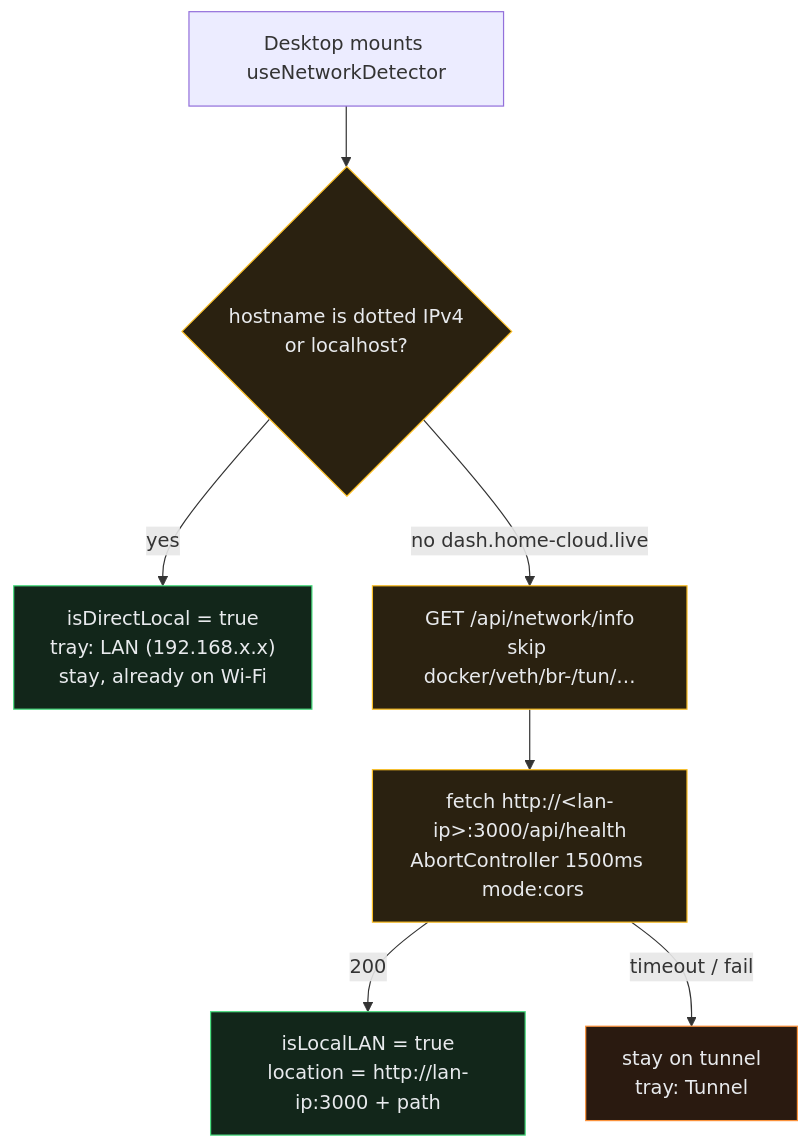
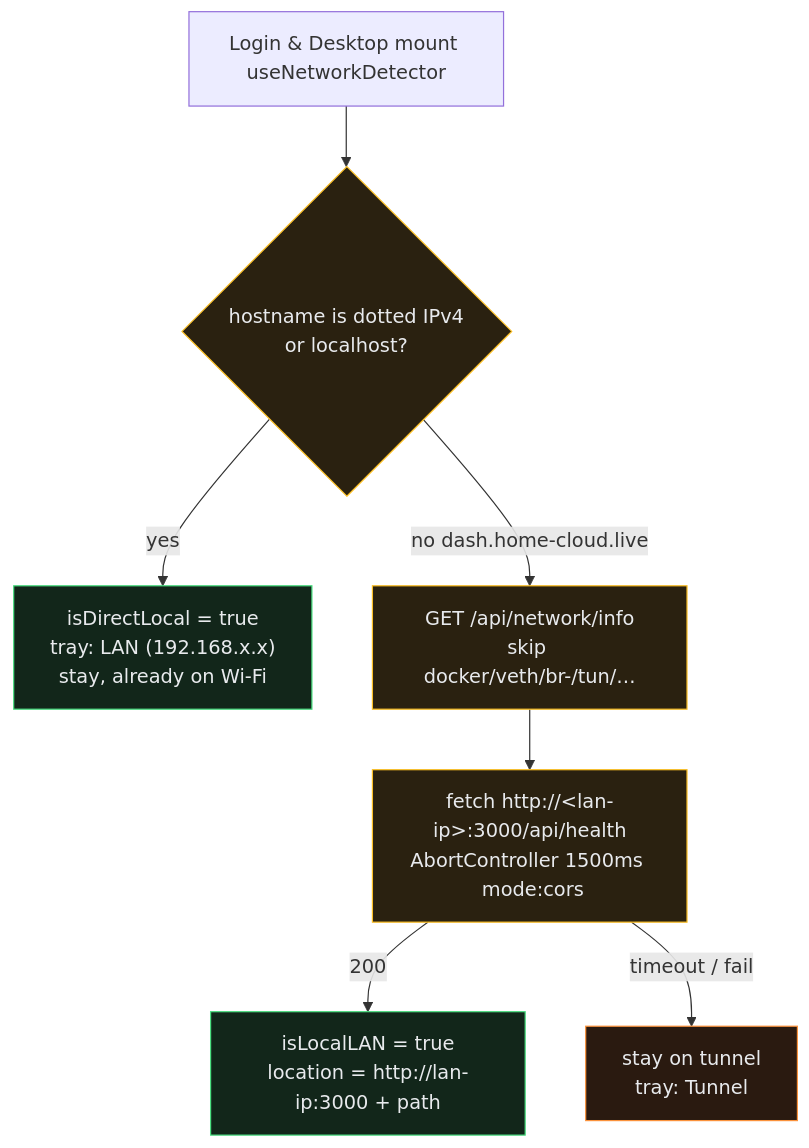
Before and after one commit to Cypher-0071/Home_Cloud: the seventh of 7 diagrams in docs/SYSTEM_DESIGN.md, drawn with Mermaid. The commit also changed other lines of this file and 1 other file, not shown here.

Commit message:
docs: synchronize system design and technical debt with current architecture

````diff
--- a/docs/SYSTEM_DESIGN.md
+++ b/docs/SYSTEM_DESIGN.md
@@ -551,17 +553,17 @@
 ```mermaid
 flowchart TD
   classDef q fill:#2a2110,stroke:#fbbf24,color:#e8eaed
   classDef ok fill:#12261a,stroke:#4ade80,color:#e8eaed
   classDef rem fill:#2a1a10,stroke:#fb923c,color:#e8eaed
 
-  S["Desktop mounts useNetworkDetector"] --> H{"hostname is dotted IPv4<br/>or localhost?"}
+  S["Login & Desktop mount useNetworkDetector"] --> H{"hostname is dotted IPv4<br/>or localhost?"}
   H -->|yes| LAN["isDirectLocal = true<br/>tray: LAN (192.168.x.x)<br/>stay, already on Wi-Fi"]
   H -->|no  dash.home-cloud.live| INFO["GET /api/network/info<br/>skip docker/veth/br-/tun/…"]
   INFO --> P["fetch http://&lt;lan-ip&gt;:3000/api/health<br/>AbortController 1500ms  mode:cors"]
   P -->|200| REDIR["isLocalLAN = true<br/>location = http://lan-ip:3000 + path"]
   P -->|timeout / fail| TUN["stay on tunnel<br/>tray: Tunnel"]
 
   class H,INFO,P q
   class LAN,REDIR ok
   class TUN rem
 ```
````
